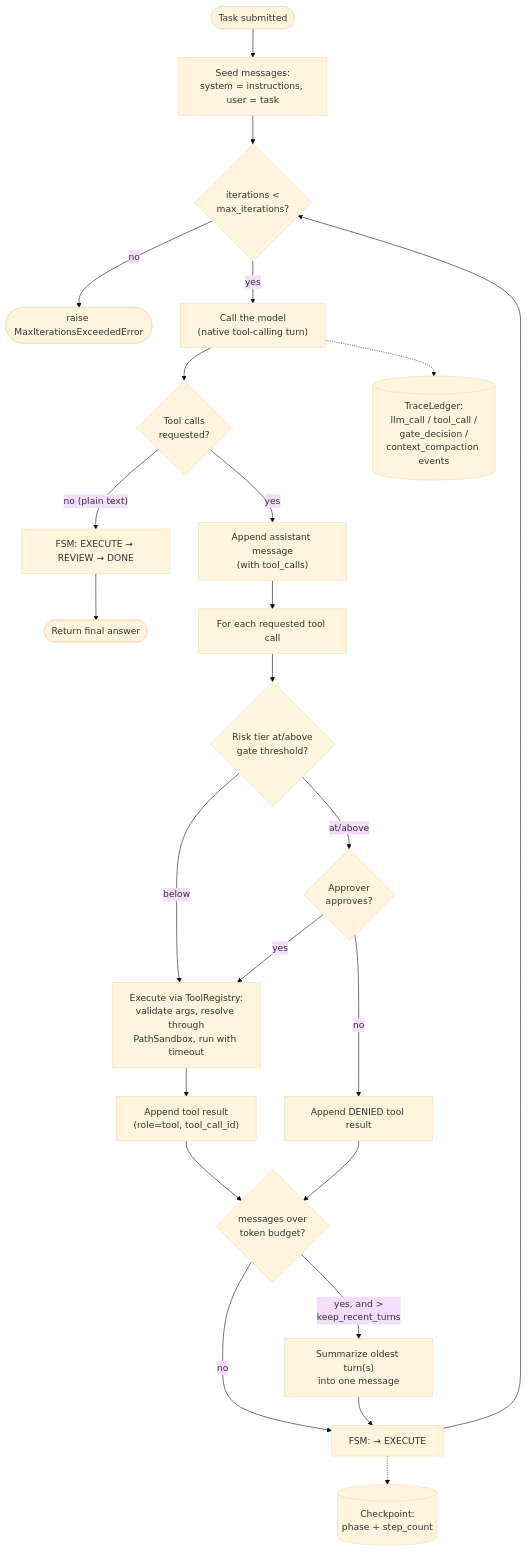
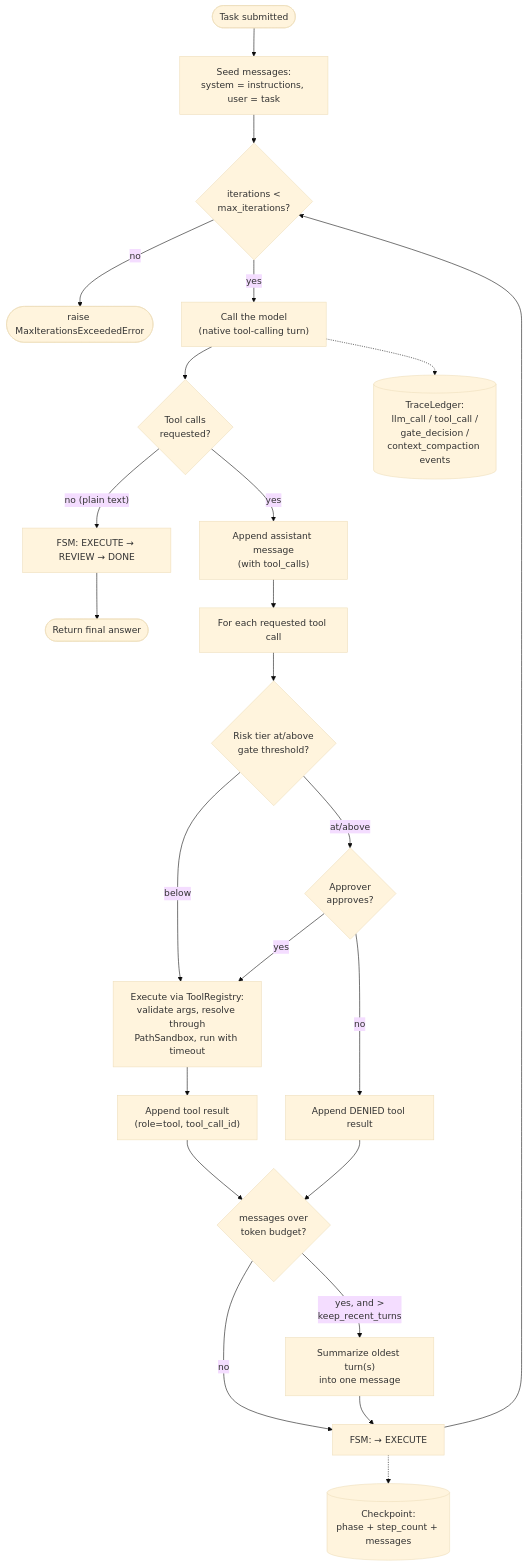
One commit to skdhanjal/agent-harness changed the first of 2 diagrams in docs/agent_harness_roadmap.md. Above: the diagram before and after it, drawn with Mermaid (base theme). The commit also changed other lines of this file and 3 other files, not shown here.

````diff
--- a/docs/agent_harness_roadmap.md
+++ b/docs/agent_harness_roadmap.md
@@ -28,27 +28,27 @@
 ```mermaid
 flowchart TD
     Start([Task submitted]) --> Seed["Seed messages:\nsystem = instructions, user = task"]
     Seed --> Guard{"iterations &lt;\nmax_iterations?"}
     Guard -- no --> Fail([raise MaxIterationsExceededError])
     Guard -- yes --> Call["Call the model\n(native tool-calling turn)"]
     Call --> Decide{"Tool calls\nrequested?"}
     Decide -- "no (plain text)" --> Done["FSM: EXECUTE → REVIEW → DONE"]
     Done --> Return([Return final answer])
     Decide -- yes --> Assistant["Append assistant message\n(with tool_calls)"]
     Assistant --> PerCall["For each requested tool call"]
     PerCall --> Risk{"Risk tier at/above\ngate threshold?"}
     Risk -- below --> Exec["Execute via ToolRegistry:\nvalidate args, resolve through\nPathSandbox, run with timeout"]
     Risk -- "at/above" --> Approve{"Approver\napproves?"}
     Approve -- yes --> Exec
     Approve -- no --> Deny["Append DENIED tool result"]
     Exec --> Result["Append tool result\n(role=tool, tool_call_id)"]
     Deny --> Compact{"messages over\ntoken budget?"}
     Result --> Compact
     Compact -- no --> Loop["FSM: → EXECUTE"]
     Compact -- "yes, and >\nkeep_recent_turns" --> Summarize["Summarize oldest turn(s)\ninto one message"]
     Summarize --> Loop
     Loop --> Guard
 
     Call -.-> Trace[("TraceLedger:\nllm_call / tool_call /\ngate_decision /\ncontext_compaction events")]
-    Loop -.-> Checkpoint[("Checkpoint:\nphase + step_count")]
+    Loop -.-> Checkpoint[("Checkpoint:\nphase + step_count + messages")]
 ```
````
